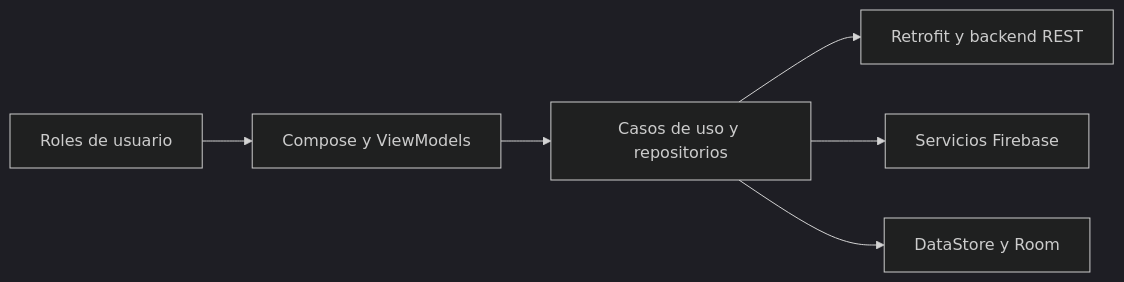
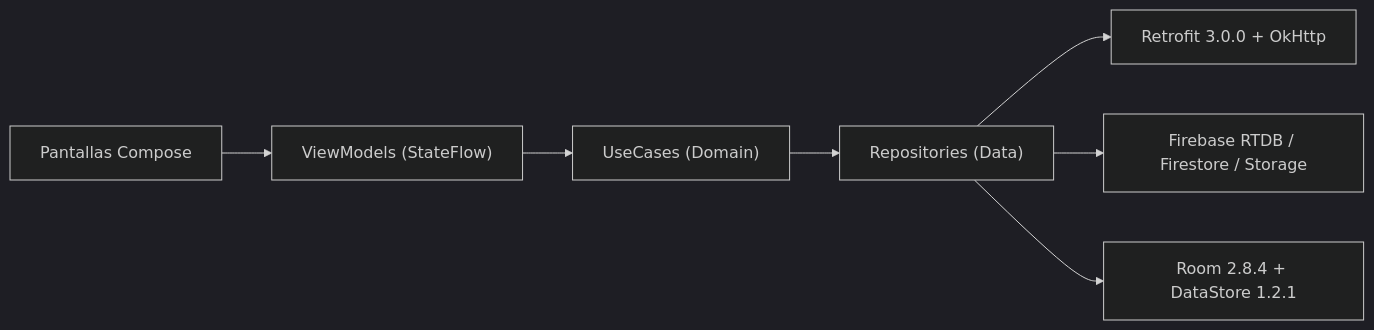
Before and after one commit to AmaniGrupo1/AmaniAndroid: the diagram in docs/index.md, drawn with Mermaid (dark theme). The commit also changed other lines of this file and 60 other files, not shown here.

````diff
--- a/docs/index.md
+++ b/docs/index.md
@@ -38,8 +110,9 @@
 ```mermaid
 flowchart LR
-    U["Roles de usuario"] --> UI["Compose y ViewModels"]
-    UI --> D["Casos de uso y repositorios"]
-    D --> R["Retrofit y backend REST"]
-    D --> F["Servicios Firebase"]
-    D --> L["DataStore y Room"]
+    UI["Pantallas Compose"] --> VM["ViewModels (StateFlow)"]
+    VM --> UC["UseCases (Domain)"]
+    UC --> Repo["Repositories (Data)"]
+    Repo --> API["Retrofit 3.0.0 + OkHttp"]
+    Repo --> FB["Firebase RTDB / Firestore / Storage"]
+    Repo --> Local["Room 2.8.4 + DataStore 1.2.1"]
 ```
````
